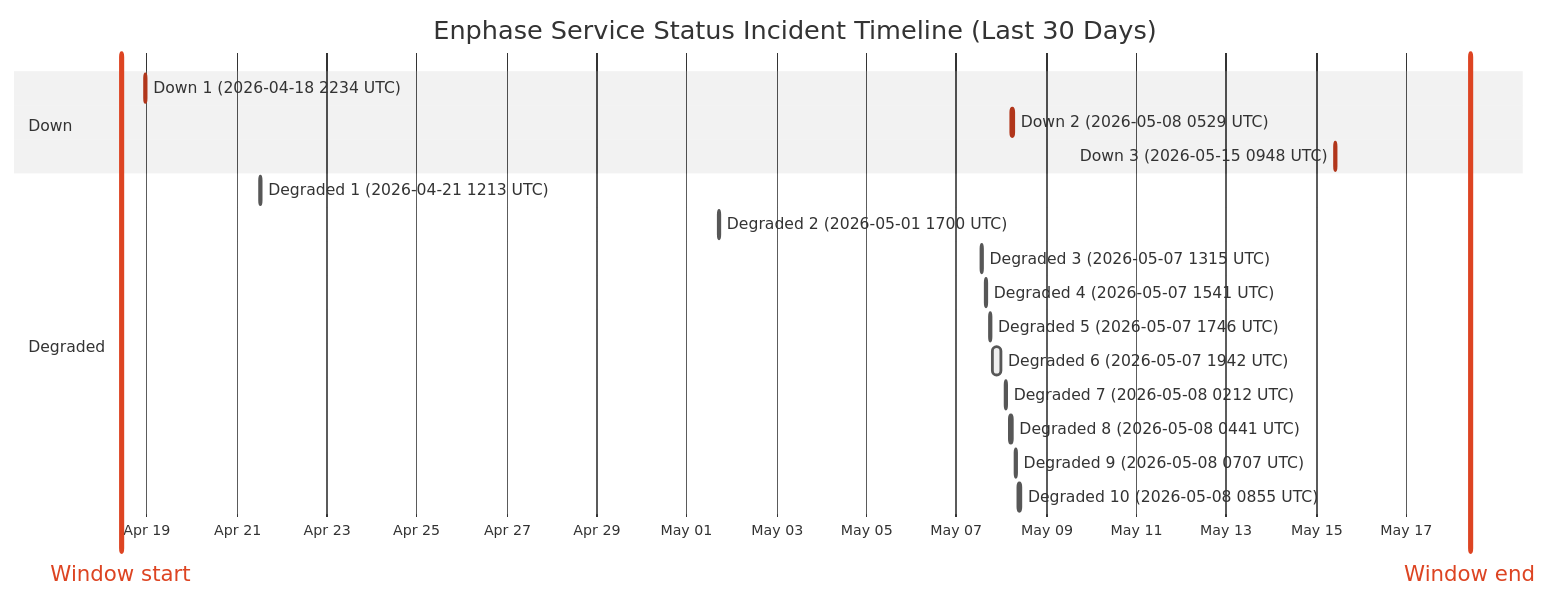
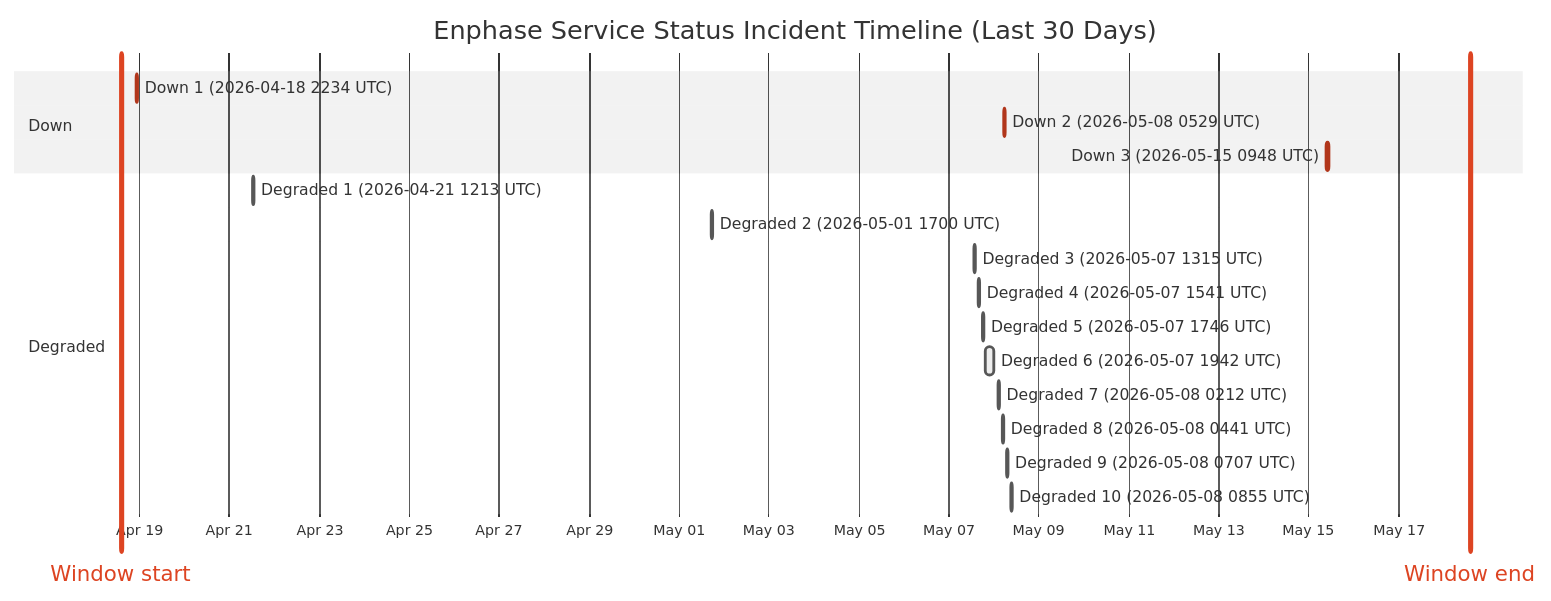
The diagram in wiki/Service-Status-History.md (barneyonline/ha-enphase-ev-charger), drawn with Mermaid (neutral theme) before and after one commit. The commit also changed other lines of this file and 3 other files, not shown here.

````diff
--- a/wiki/Service-Status-History.md
+++ b/wiki/Service-Status-History.md
@@ -14,23 +14,23 @@
 ```mermaid
 gantt
     title Enphase Service Status Incident Timeline (Last 30 Days)
     dateFormat  YYYY-MM-DDTHH:mm:ss
     axisFormat  %b %d
-    Window start :vert, window-start, 2026-04-18T10:01:18, 0ms
-    Window end :vert, window-end, 2026-05-18T10:01:18, 0ms
+    Window start :vert, window-start, 2026-04-18T14:05:50, 0ms
+    Window end :vert, window-end, 2026-05-18T14:05:50, 0ms
     section Down
     Down 1 (2026-04-18 2234 UTC) :crit, down-1, 2026-04-18T22:34:13, 60m
     Down 2 (2026-05-08 0529 UTC) :crit, down-2, 2026-05-08T05:29:47, 60m
     Down 3 (2026-05-15 0948 UTC) :crit, down-3, 2026-05-15T09:48:18, 60m
     section Degraded
     Degraded 1 (2026-04-21 1213 UTC) :active, degraded-1, 2026-04-21T12:13:11, 60m
     Degraded 2 (2026-05-01 1700 UTC) :active, degraded-2, 2026-05-01T17:00:22, 60m
     Degraded 3 (2026-05-07 1315 UTC) :active, degraded-3, 2026-05-07T13:15:25, 60m
     Degraded 4 (2026-05-07 1541 UTC) :active, degraded-4, 2026-05-07T15:41:58, 60m
     Degraded 5 (2026-05-07 1746 UTC) :active, degraded-5, 2026-05-07T17:46:51, 60m
     Degraded 6 (2026-05-07 1942 UTC) :active, degraded-6, 2026-05-07T19:42:10, 249m
     Degraded 7 (2026-05-08 0212 UTC) :active, degraded-7, 2026-05-08T02:12:39, 60m
     Degraded 8 (2026-05-08 0441 UTC) :active, degraded-8, 2026-05-08T04:41:46, 60m
     Degraded 9 (2026-05-08 0707 UTC) :active, degraded-9, 2026-05-08T07:07:30, 60m
     Degraded 10 (2026-05-08 0855 UTC) :active, degraded-10, 2026-05-08T08:55:20, 88m
 ```
````
